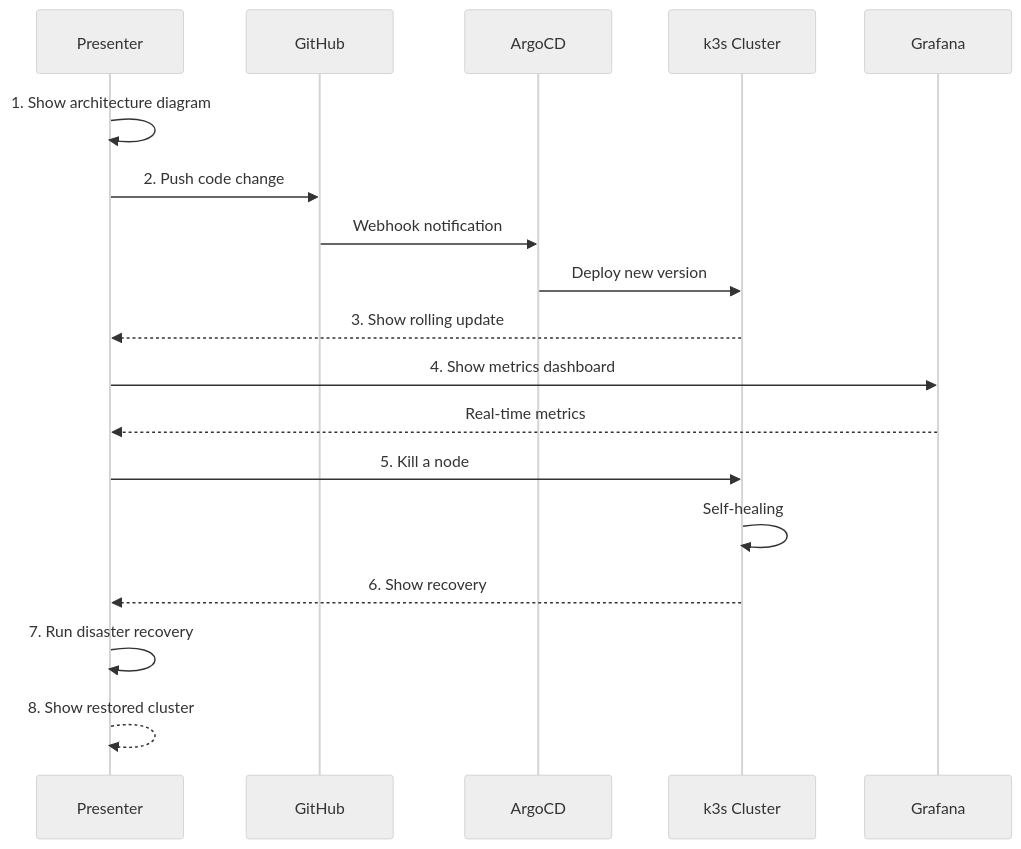
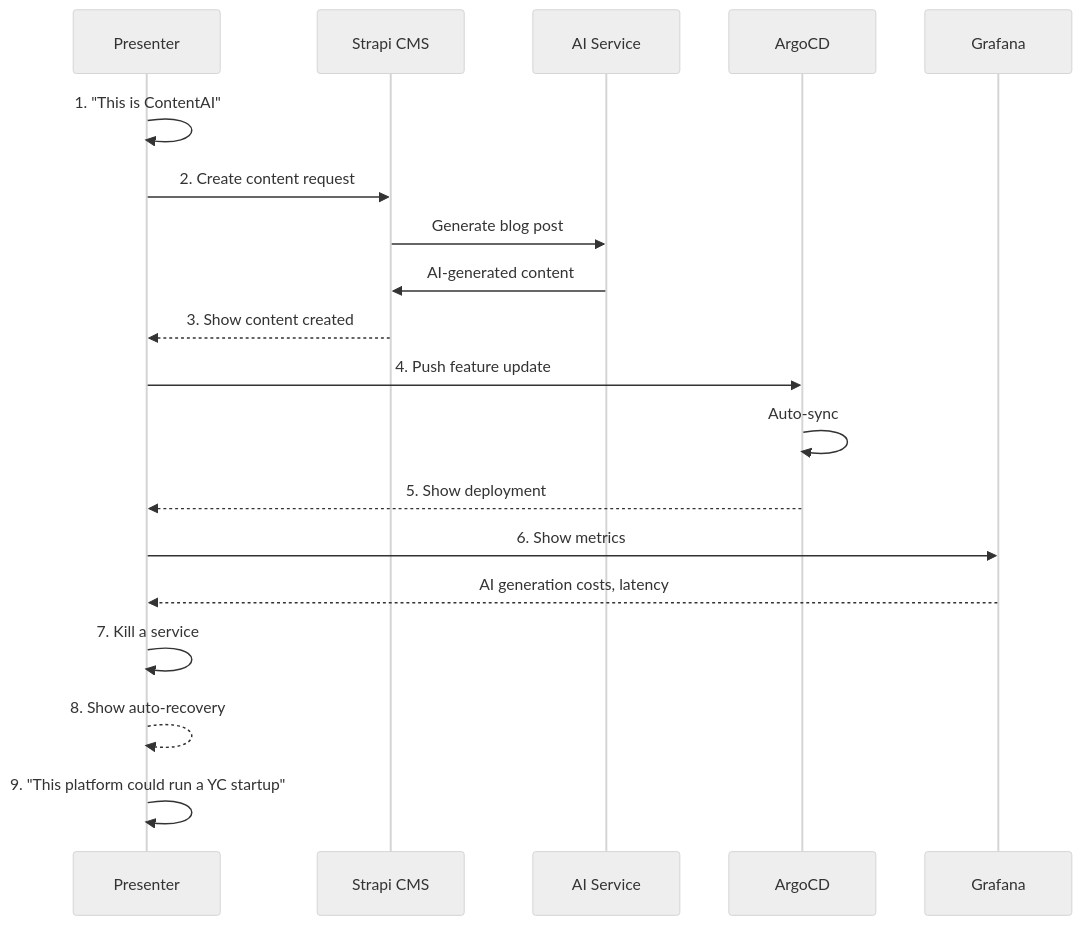
Before and after one commit to PearlThoughtsInternship/Internship-Obsidian-Vault: the third of 4 diagrams in DevOps/04-Internship/03-What-You-Build.md, drawn with Mermaid (neutral theme). The commit also changed other lines of this file and 4 other files, not shown here.

````diff
--- a/DevOps/04-Internship/03-What-You-Build.md
+++ b/DevOps/04-Internship/03-What-You-Build.md
@@ -311,25 +266,27 @@
 ```mermaid
 sequenceDiagram
     participant You as Presenter
-    participant GH as GitHub
+    participant STRAPI as Strapi CMS
+    participant AI as AI Service
     participant ARGO as ArgoCD
-    participant K8S as k3s Cluster
     participant GRAF as Grafana
 
-    You->>You: 1. Show architecture diagram
+    You->>You: 1. "This is ContentAI"
 
-    You->>GH: 2. Push code change
-    GH->>ARGO: Webhook notification
-    ARGO->>K8S: Deploy new version
-    K8S-->>You: 3. Show rolling update
+    You->>STRAPI: 2. Create content request
+    STRAPI->>AI: Generate blog post
+    AI->>STRAPI: AI-generated content
+    STRAPI-->>You: 3. Show content created
 
-    You->>GRAF: 4. Show metrics dashboard
-    GRAF-->>You: Real-time metrics
+    You->>ARGO: 4. Push feature update
+    ARGO->>ARGO: Auto-sync
+    ARGO-->>You: 5. Show deployment
 
-    You->>K8S: 5. Kill a node
-    K8S->>K8S: Self-healing
-    K8S-->>You: 6. Show recovery
+    You->>GRAF: 6. Show metrics
+    GRAF-->>You: AI generation costs, latency
 
-    You->>You: 7. Run disaster recovery
-    You-->>You: 8. Show restored cluster
+    You->>You: 7. Kill a service
+    You-->>You: 8. Show auto-recovery
+
+    You->>You: 9. "This platform could run a YC startup"
 ```
````
